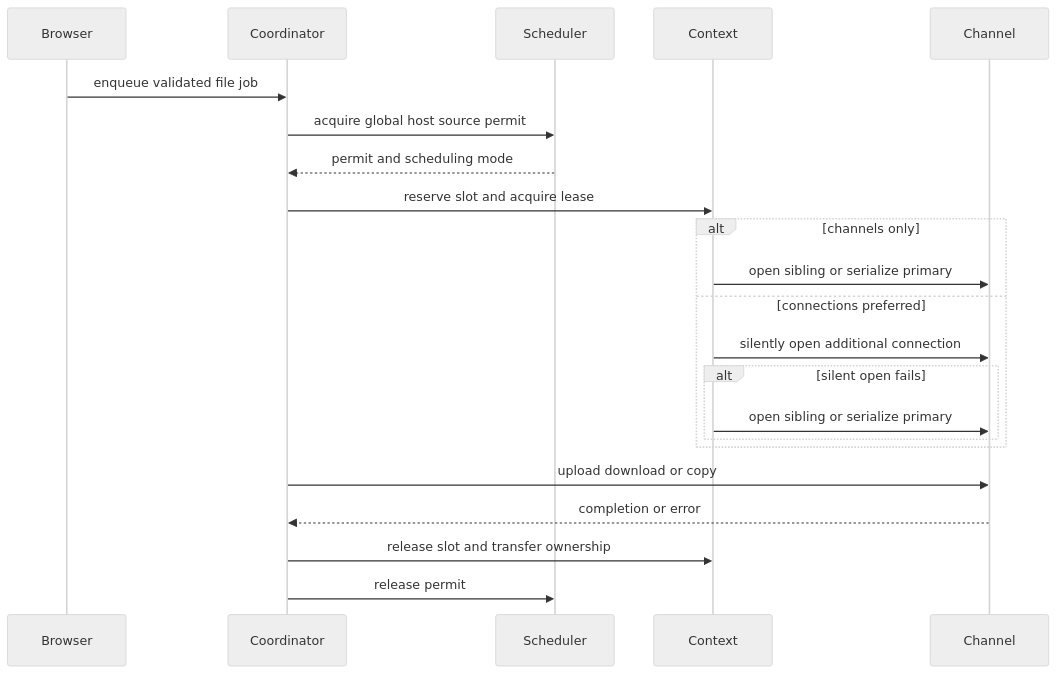
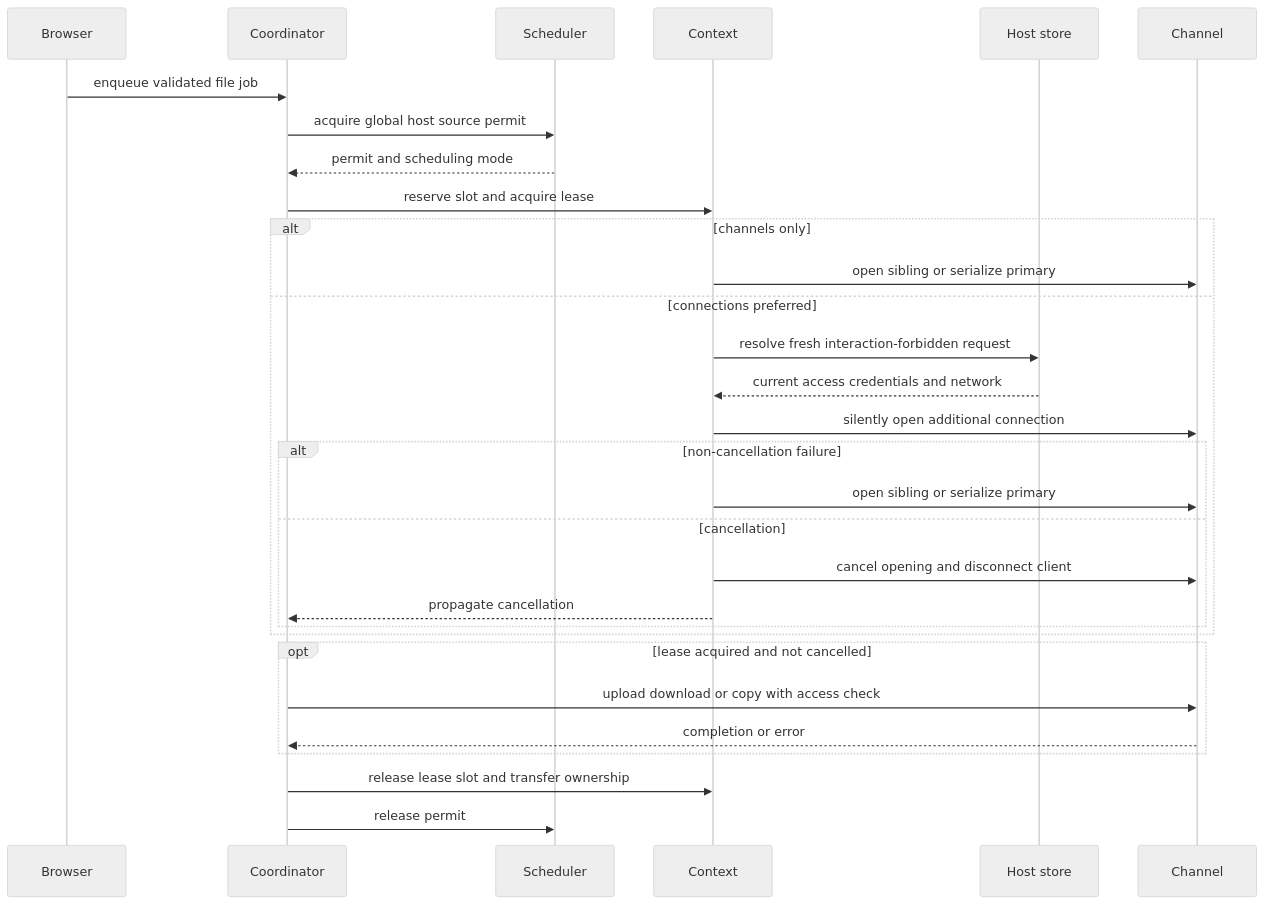
Before and after one commit to AkinoKaede/Termind: the second of 6 diagrams in openwiki/workflows/sftp-transfer-and-external-edit.md, drawn with Mermaid (neutral theme). The commit also changed other lines of this file and 59 other files, not shown here.

````diff
--- a/openwiki/workflows/sftp-transfer-and-external-edit.md
+++ b/openwiki/workflows/sftp-transfer-and-external-edit.md
@@ -144,24 +173,32 @@
 ```mermaid
 sequenceDiagram
     participant Browser
     participant Coordinator
     participant Scheduler
     participant Context
+    participant Store as Host store
     participant Channel
     Browser->>Coordinator: enqueue validated file job
     Coordinator->>Scheduler: acquire global host source permit
     Scheduler-->>Coordinator: permit and scheduling mode
     Coordinator->>Context: reserve slot and acquire lease
     alt channels only
         Context->>Channel: open sibling or serialize primary
     else connections preferred
+        Context->>Store: resolve fresh interaction-forbidden request
+        Store-->>Context: current access credentials and network
         Context->>Channel: silently open additional connection
-        alt silent open fails
+        alt non-cancellation failure
             Context->>Channel: open sibling or serialize primary
+        else cancellation
+            Context->>Channel: cancel opening and disconnect client
+            Context-->>Coordinator: propagate cancellation
         end
     end
-    Coordinator->>Channel: upload download or copy
-    Channel-->>Coordinator: completion or error
-    Coordinator->>Context: release slot and transfer ownership
+    opt lease acquired and not cancelled
+        Coordinator->>Channel: upload download or copy with access check
+        Channel-->>Coordinator: completion or error
+    end
+    Coordinator->>Context: release lease slot and transfer ownership
     Coordinator->>Scheduler: release permit
 ```
````
